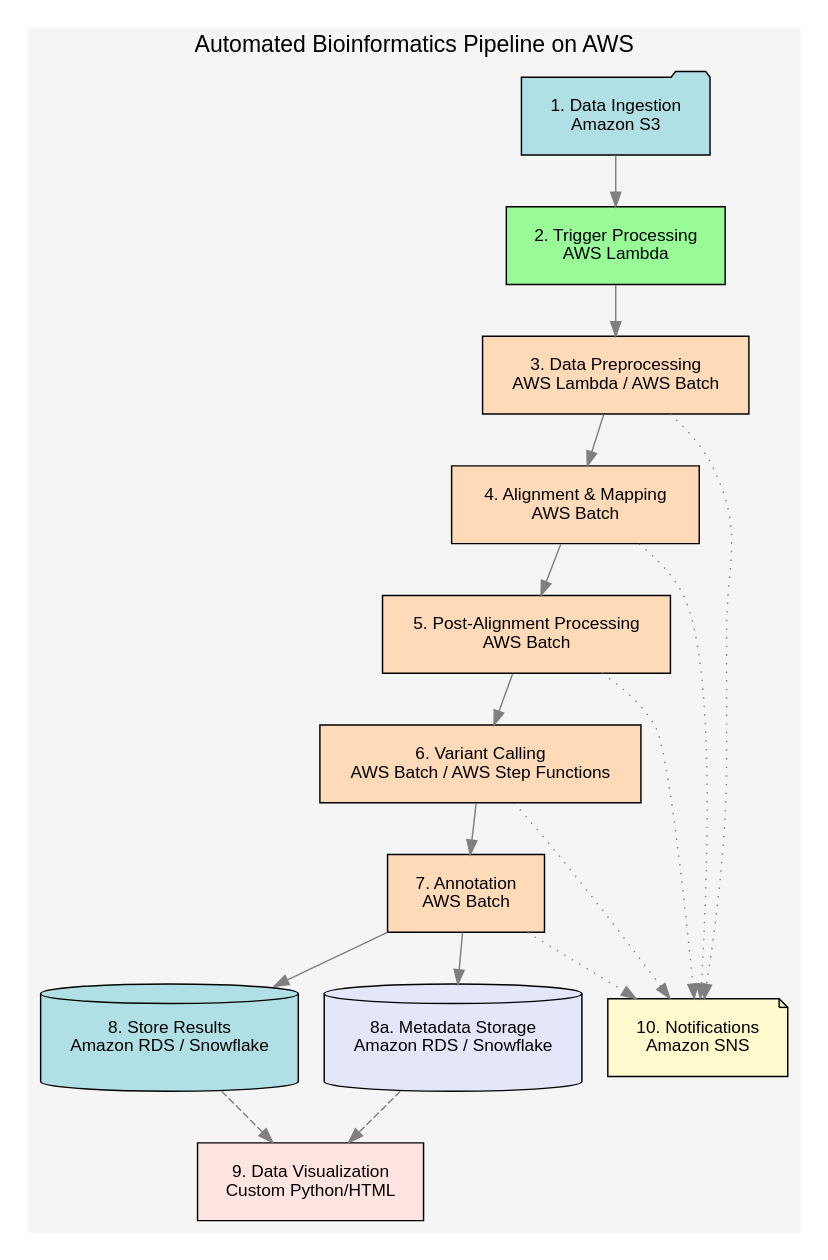
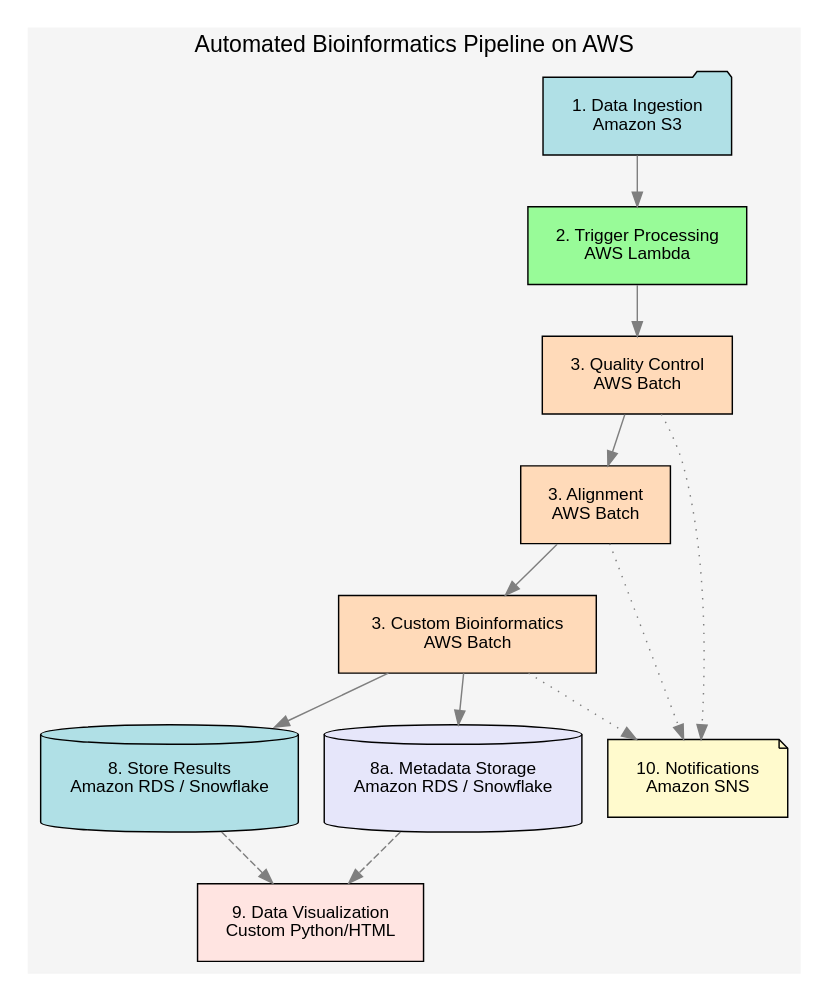
Before and after one commit to jdrubin91/jdrubin91.github.io: the diagram in images/bioinformatic_pipeline.dot, drawn with Graphviz. The commit also changed 2 other files, not shown here.

```diff
--- a/images/bioinformatic_pipeline.dot
+++ b/images/bioinformatic_pipeline.dot
@@ -1,52 +1,46 @@
 digraph BioinformaticsPipeline {
     // Set layout direction from Top to Bottom
     rankdir=TB;
     // Set global node style
     node [shape=rectangle, style=filled, fontname="Helvetica", fontsize=12, margin=0.2];
     // Set global edge style
     edge [color="#7F7F7F"];
     
     // Cluster to group the pipeline
     subgraph cluster0 {
         label="Automated Bioinformatics Pipeline on AWS";
         style=filled;
         color="#F5F5F5";
         fontname="Helvetica";
         fontsize=16;
         labelloc="t";
     
         // Define nodes with soft, muted colors
         S3Input [label="1. Data Ingestion\nAmazon S3", shape=folder, fillcolor="#B0E0E6"]; // Powder Blue
         LambdaTrigger [label="2. Trigger Processing\nAWS Lambda", fillcolor="#98FB98"]; // Pale Green
-        Preprocessing [label="3. Data Preprocessing\nAWS Lambda / AWS Batch", fillcolor="#FFDAB9"]; // Peach Puff
-        Alignment [label="4. Alignment & Mapping\nAWS Batch", fillcolor="#FFDAB9"];
-        PostProcessing [label="5. Post-Alignment Processing\nAWS Batch", fillcolor="#FFDAB9"];
-        VariantCalling [label="6. Variant Calling\nAWS Batch / AWS Step Functions", fillcolor="#FFDAB9"];
-        Annotation [label="7. Annotation\nAWS Batch", fillcolor="#FFDAB9"];
+        QC [label="3. Quality Control\nAWS Batch", fillcolor="#FFDAB9"]; // Peach Puff
+        Alignment [label="3. Alignment\nAWS Batch", fillcolor="#FFDAB9"]; // Peach Puff
+        CustomBioinformatics [label="3. Custom Bioinformatics\nAWS Batch", fillcolor="#FFDAB9"]; // Peach Puff
         S3Output [label="8. Store Results\nAmazon RDS / Snowflake", shape=cylinder, fillcolor="#B0E0E6"];
         Database [label="8a. Metadata Storage\nAmazon RDS / Snowflake", shape=cylinder, fillcolor="#E6E6FA"]; // Lavender
         Visualization [label="9. Data Visualization\nCustom Python/HTML", fillcolor="#FFE4E1"]; // Misty Rose
         Notifications [label="10. Notifications\nAmazon SNS", shape=note, fillcolor="#FFFACD"]; // Lemon Chiffon
     }
     
     // Define edges
     S3Input -> LambdaTrigger;
-    LambdaTrigger -> Preprocessing;
-    Preprocessing -> Alignment;
-    Alignment -> PostProcessing;
-    PostProcessing -> VariantCalling;
-    VariantCalling -> Annotation;
-    Annotation -> S3Output;
-    Annotation -> Database;
+    LambdaTrigger -> QC;
+    QC -> Alignment;
+    Alignment -> CustomBioinformatics;
+    CustomBioinformatics -> S3Output;
+    CustomBioinformatics -> Database;
 
     // Branch to Visualization
     S3Output -> Visualization [style=dashed];
     Database -> Visualization [style=dashed];
 
     // Notifications and Monitoring
-    Annotation -> Notifications [style=dotted];
-    VariantCalling -> Notifications [style=dotted];
-    Preprocessing -> Notifications [style=dotted];
+    QC -> Notifications [style=dotted];
     Alignment -> Notifications [style=dotted];
-    PostProcessing -> Notifications [style=dotted];
+    CustomBioinformatics -> Notifications [style=dotted];
 }
```
